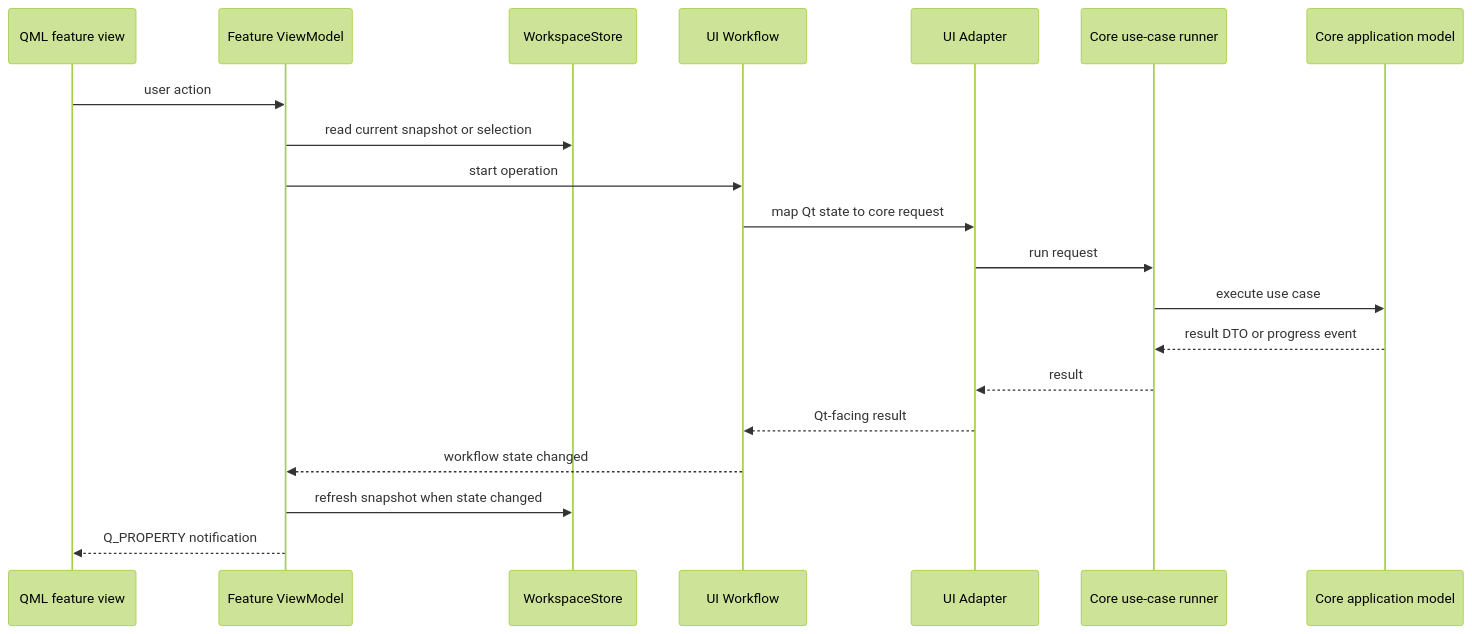
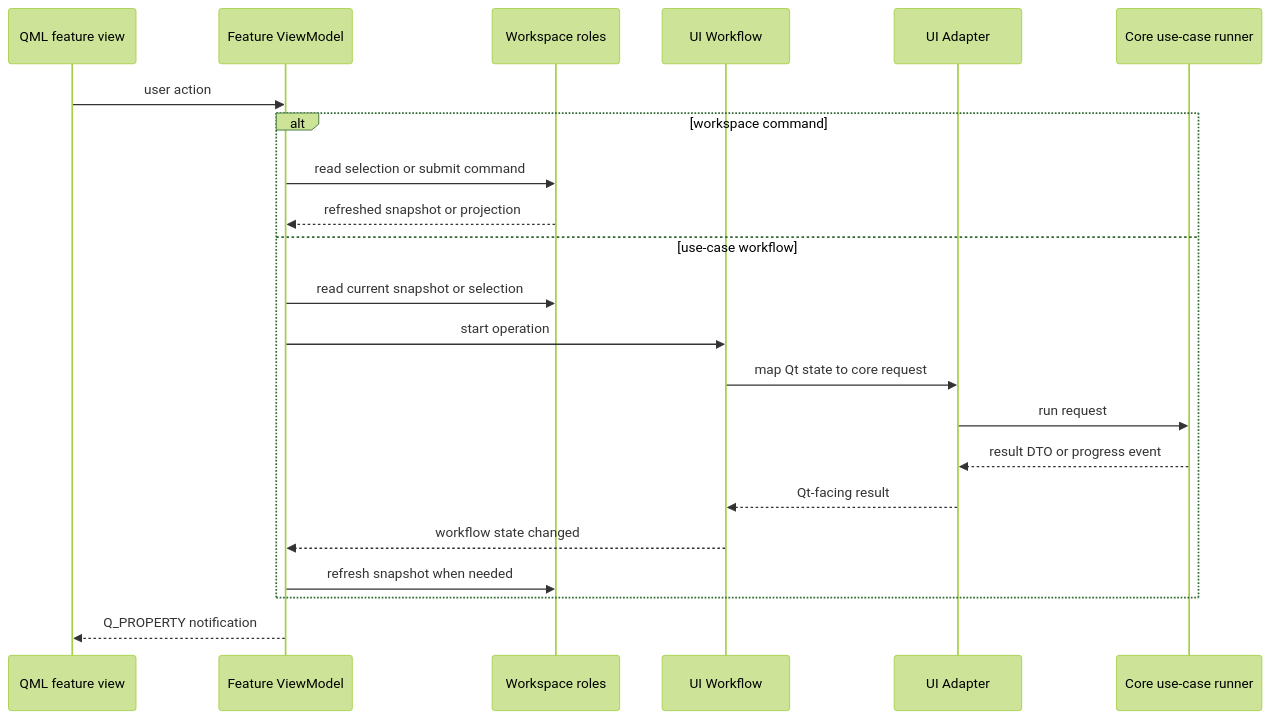
Before and after one commit to Wiiii90/FOSSredder: diagram 17 of 19 in docs/DESIGN.md, drawn with Mermaid (forest theme). The commit also changed other lines of this file and 6 other files, not shown here.

````diff
--- a/docs/DESIGN.md
+++ b/docs/DESIGN.md
@@ -1496,23 +1153,25 @@
 ```mermaid
 sequenceDiagram
     participant View as QML feature view
     participant VM as Feature ViewModel
-    participant Store as WorkspaceStore
+    participant Workspace as Workspace roles
     participant Workflow as UI Workflow
     participant Adapter as UI Adapter
     participant Runner as Core use-case runner
-    participant Core as Core application model
 
     View->>VM: user action
-    VM->>Store: read current snapshot or selection
-    VM->>Workflow: start operation
-    Workflow->>Adapter: map Qt state to core request
-    Adapter->>Runner: run request
-    Runner->>Core: execute use case
-    Core-->>Runner: result DTO or progress event
-    Runner-->>Adapter: result
-    Adapter-->>Workflow: Qt-facing result
-    Workflow-->>VM: workflow state changed
-    VM->>Store: refresh snapshot when state changed
+    alt workspace command
+        VM->>Workspace: read selection or submit command
+        Workspace-->>VM: refreshed snapshot or projection
+    else use-case workflow
+        VM->>Workspace: read current snapshot or selection
+        VM->>Workflow: start operation
+        Workflow->>Adapter: map Qt state to core request
+        Adapter->>Runner: run request
+        Runner-->>Adapter: result DTO or progress event
+        Adapter-->>Workflow: Qt-facing result
+        Workflow-->>VM: workflow state changed
+        VM->>Workspace: refresh snapshot when needed
+    end
     VM-->>View: Q_PROPERTY notification
 ```
````
